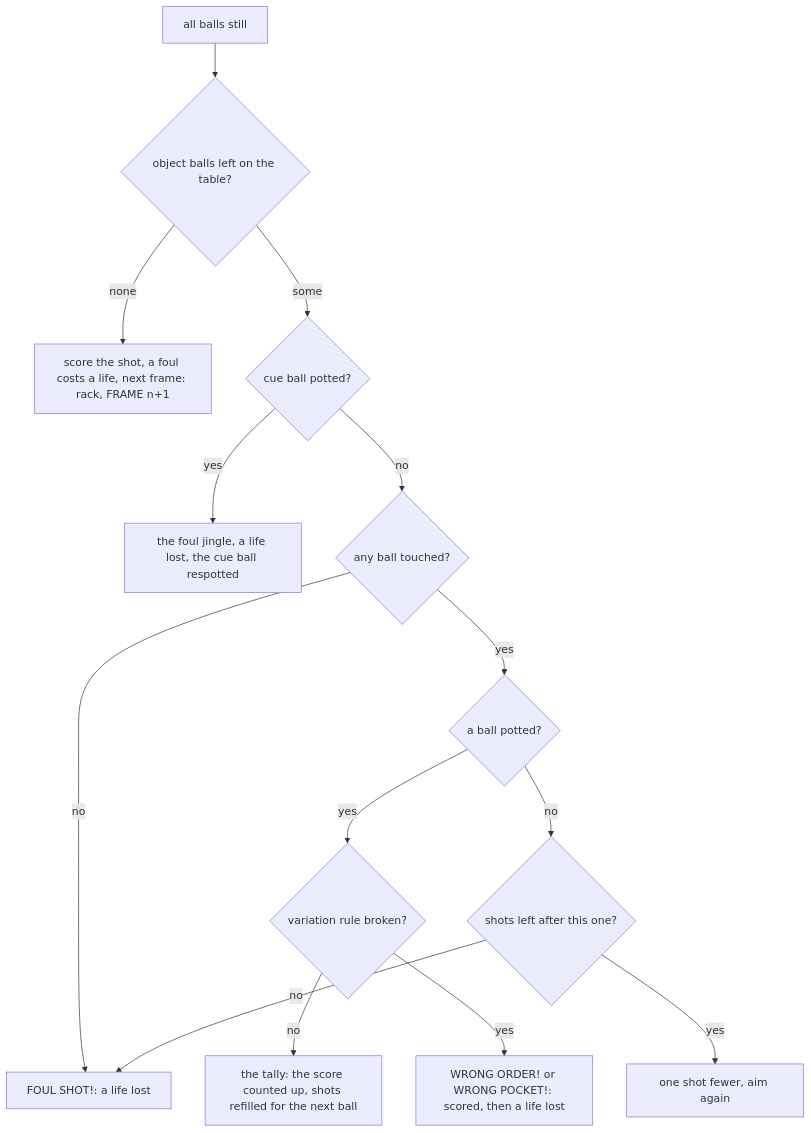
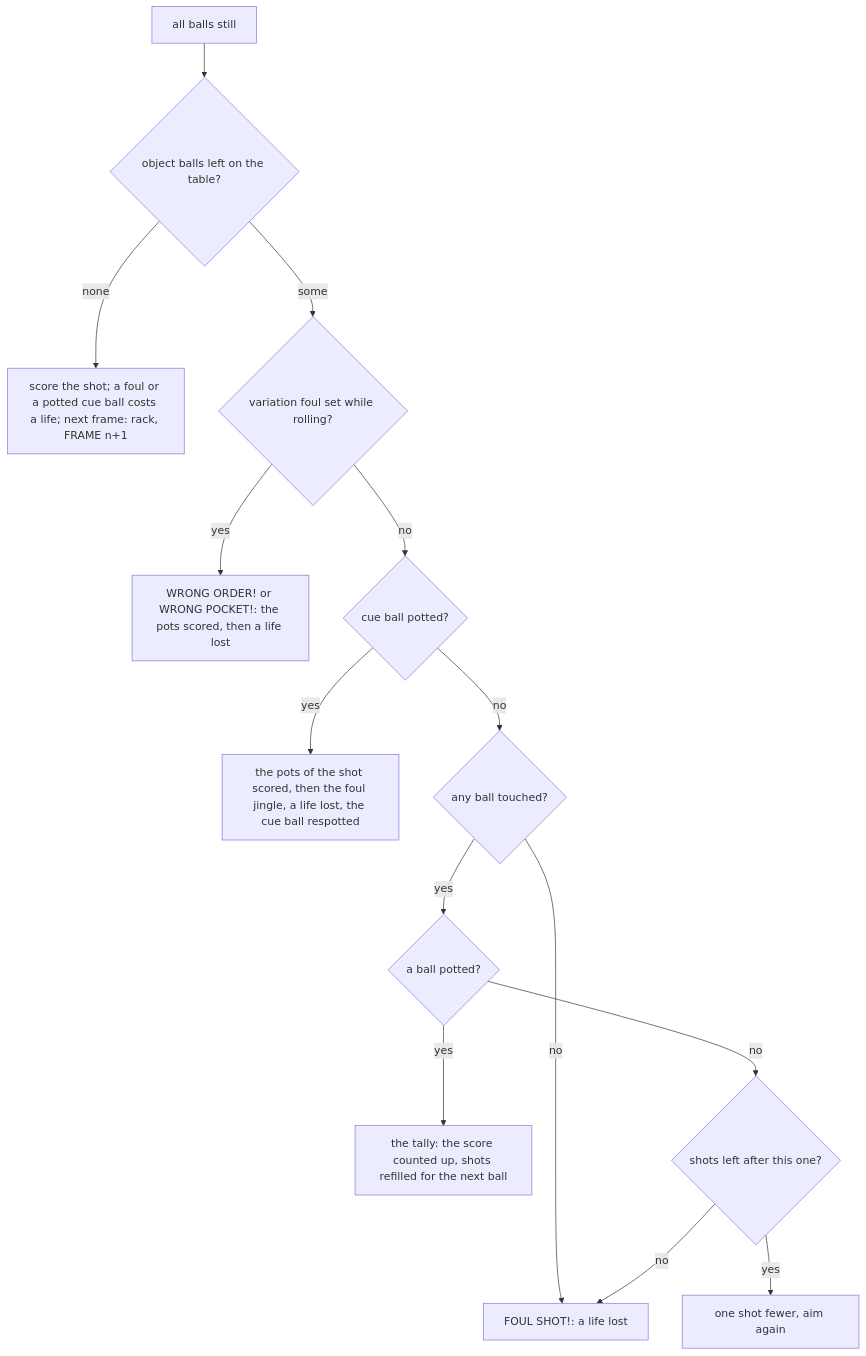
Before and after one commit to alfishe/unrealng-reverse-cases: the second of 4 diagrams in games/video-pool/docs/01-game-design.md, drawn with Mermaid. The commit also changed other lines of this file and 51 other files, not shown here.

Commit message:
Video Pool: review round 1 - 106 findings checked and fixed (canonical shot cost, tally step, BEEPER DE+1, frame-start samples), game.ann descriptions, figures redrawn

````diff
--- a/games/video-pool/docs/01-game-design.md
+++ b/games/video-pool/docs/01-game-design.md
@@ -250,16 +257,16 @@
 ```mermaid
 flowchart TD
     A[all balls still] --> B{object balls left on the table?}
-    B -- none --> C[score the shot, a foul costs a life, next frame: rack, FRAME n+1]
-    B -- some --> D{cue ball potted?}
-    D -- yes --> L[the foul jingle, a life lost, the cue ball respotted]
+    B -- none --> C[score the shot; a foul or a potted cue ball costs a life; next frame: rack, FRAME n+1]
+    B -- some --> V{variation foul set while rolling?}
+    V -- yes --> W[WRONG ORDER! or WRONG POCKET!: the pots scored, then a life lost]
+    V -- no --> D{cue ball potted?}
+    D -- yes --> L[the pots of the shot scored, then the foul jingle, a life lost, the cue ball respotted]
     D -- no --> E{any ball touched?}
     E -- no --> F[FOUL SHOT!: a life lost]
     E -- yes --> G{a ball potted?}
-    G -- yes --> H{variation rule broken?}
-    H -- no --> S[the tally: the score counted up, shots refilled for the next ball]
-    H -- yes --> W[WRONG ORDER! or WRONG POCKET!: scored, then a life lost]
+    G -- yes --> S[the tally: the score counted up, shots refilled for the next ball]
     G -- no --> K{shots left after this one?}
     K -- yes --> N[one shot fewer, aim again]
     K -- no --> F
 ```
````
